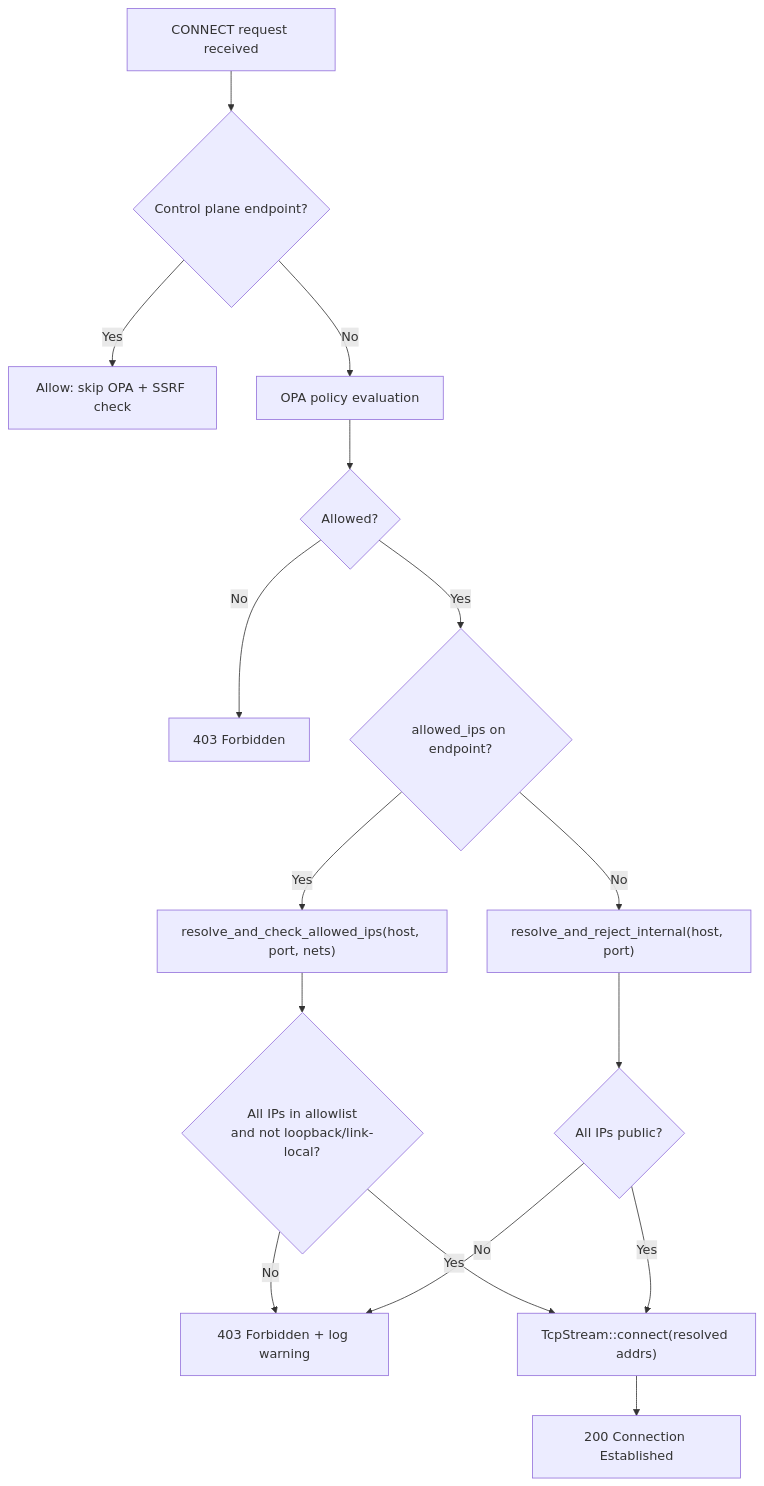
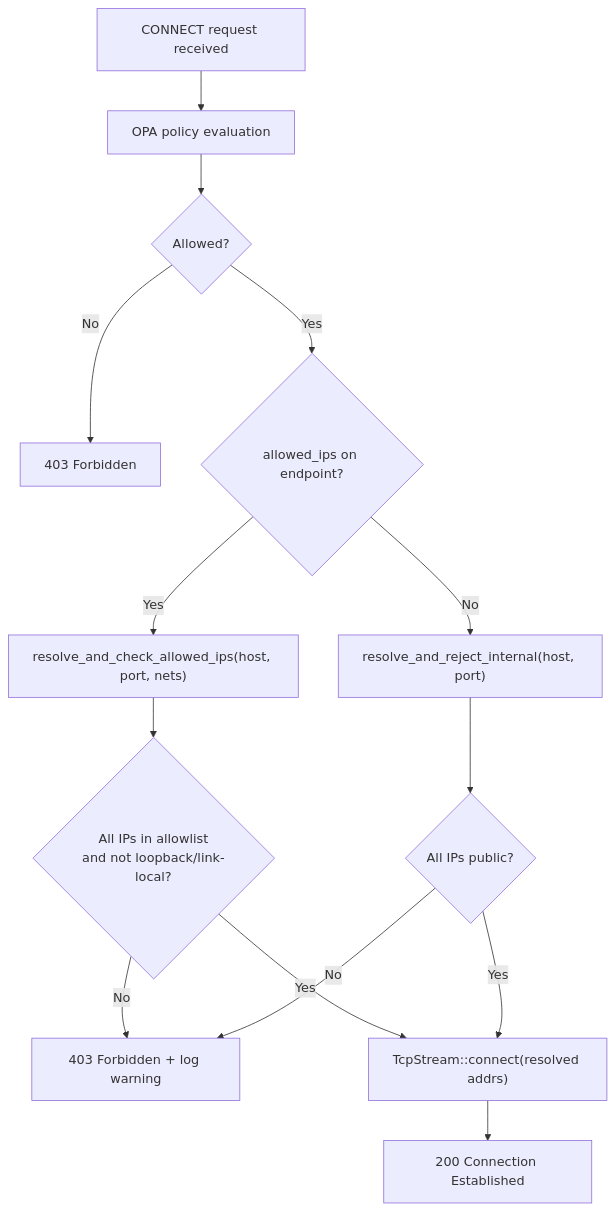
The fifth of 5 diagrams in architecture/security-policy.md (NVIDIA/OpenShell), drawn with Mermaid before and after one commit. The commit also changed other lines of this file and 3 other files, not shown here.

First line of the commit message:
fix(sandbox): remove control plane bypass from proxy

````diff
--- a/architecture/security-policy.md
+++ b/architecture/security-policy.md
@@ -780,18 +774,16 @@
 ```mermaid
 flowchart TD
-    A[CONNECT request received] --> B{Control plane endpoint?}
-    B -- Yes --> C["Allow: skip OPA + SSRF check"]
-    B -- No --> D[OPA policy evaluation]
+    A[CONNECT request received] --> D[OPA policy evaluation]
     D --> E{Allowed?}
     E -- No --> F["403 Forbidden"]
     E -- Yes --> G{allowed_ips on endpoint?}
     G -- Yes --> H["resolve_and_check_allowed_ips(host, port, nets)"]
     H --> I{All IPs in allowlist<br/>and not loopback/link-local?}
     I -- No --> J["403 Forbidden + log warning"]
     I -- Yes --> K["TcpStream::connect(resolved addrs)"]
     G -- No --> L["resolve_and_reject_internal(host, port)"]
     L --> M{All IPs public?}
     M -- No --> J
     M -- Yes --> K
     K --> N[200 Connection Established]
 ```
````
